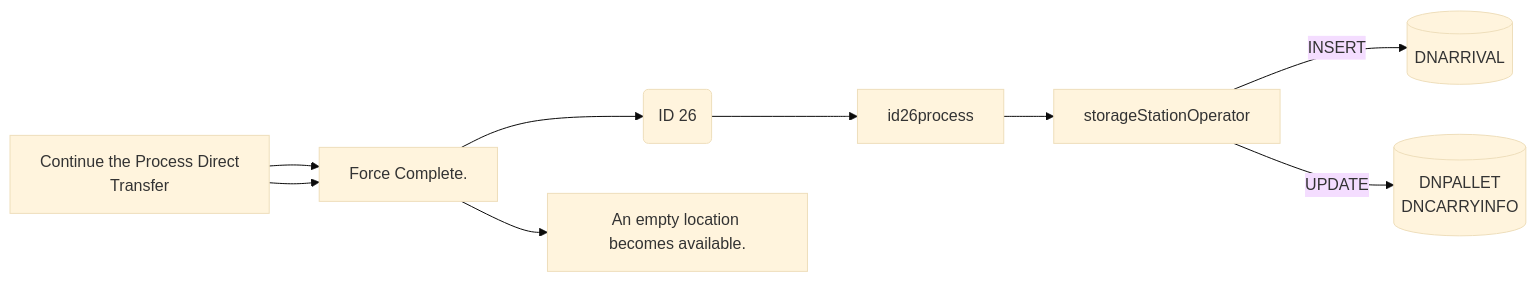
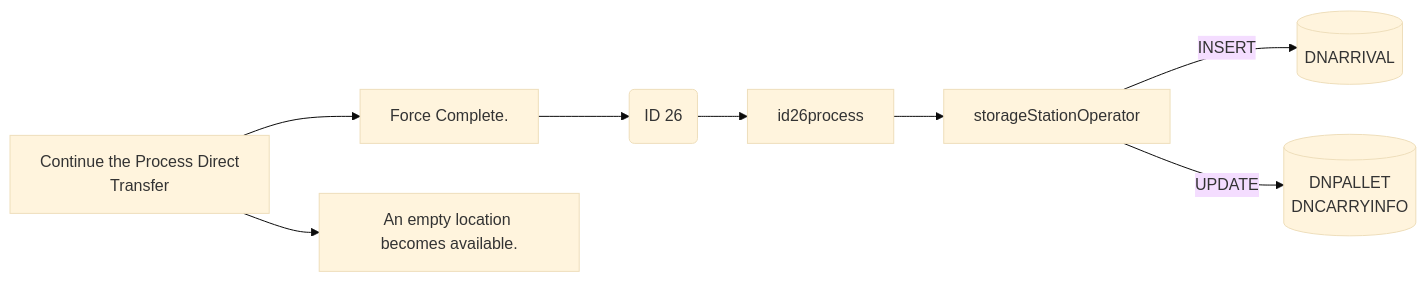
One commit to luthfiadityaa/SimeDarby-Wiki changed diagram 21 of 22 in Basic-Design/DFD-WMS/Storage/Palletizing-Settting/Irregular-Cases.md. Above: the diagram before and after it, drawn with Mermaid (base theme).

Commit message:
Updated Irregular Cases

```diff
--- a/Basic-Design/DFD-WMS/Storage/Palletizing-Settting/Irregular-Cases.md
+++ b/Basic-Design/DFD-WMS/Storage/Palletizing-Settting/Irregular-Cases.md
@@ -1163,36 +1163,36 @@
 ::: mermaid
 flowchart LR
 
 releaseCommand["
 Continue the Process Direct 
 Transfer
 "]
 
 id26msg("
 ID 26
 ")
 
 id26-insert[("
 DNARRIVAL
 ")]
 
 id26-update[("
 DNPALLET
 DNCARRYINFO
 ")];
 
 releaseCommand2["
 Force Complete.
 "]
 
 releaseCommand3["
 An empty location becomes available. 
 "]
 
 storageStationOperator[storageStationOperator]
 
-releaseCommand-->releaseCommand2-->releaseCommand3
+releaseCommand-->releaseCommand3
 releaseCommand-->releaseCommand2-->id26msg-->id26process-->storageStationOperator
 storageStationOperator--> |INSERT| id26-insert
 storageStationOperator--> |UPDATE| id26-update
 :::
```
